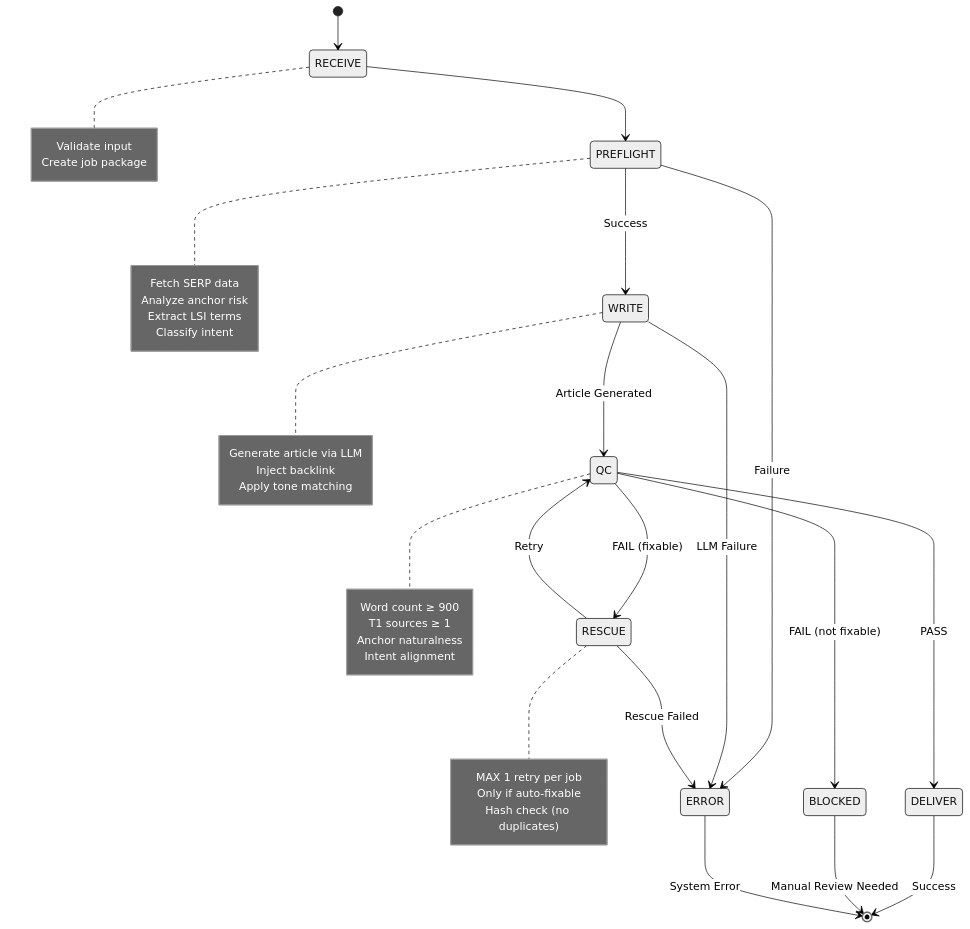
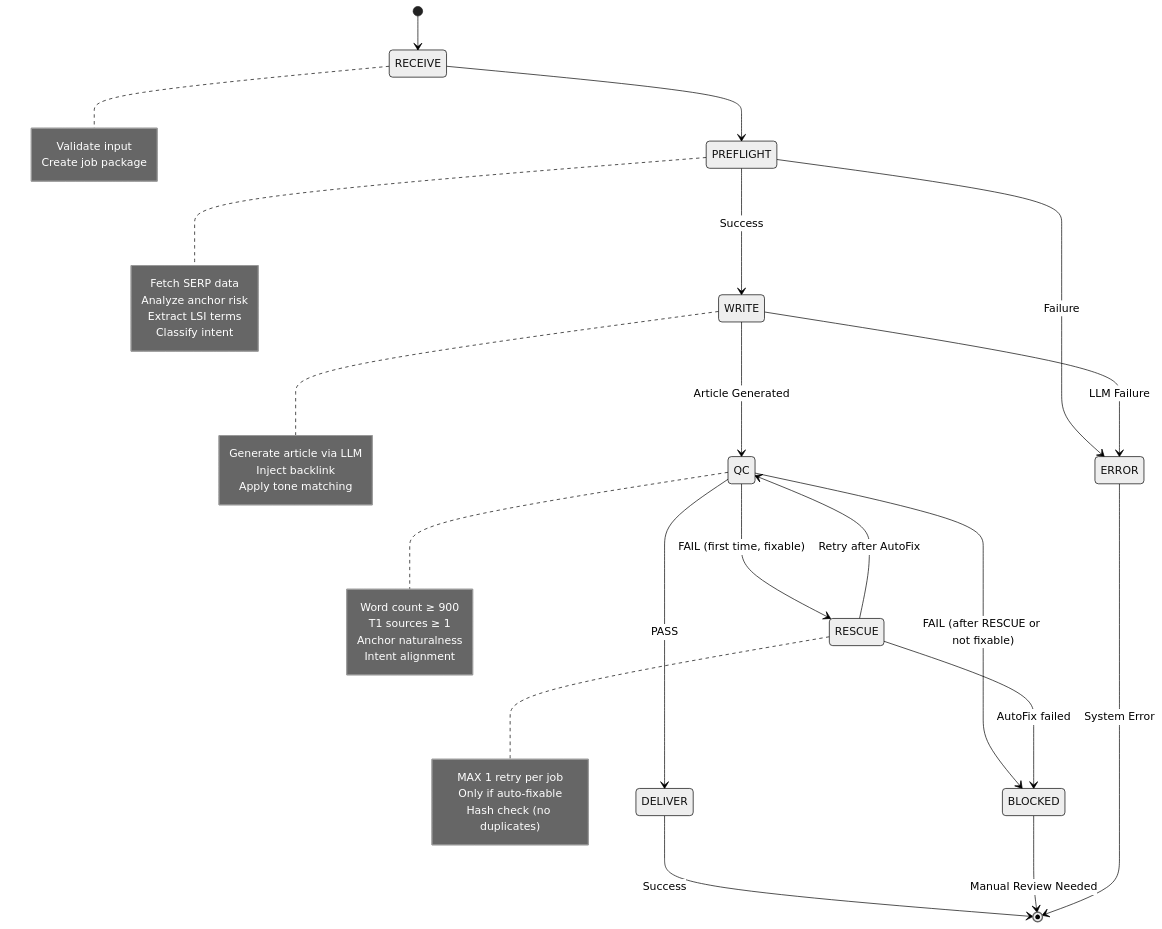
The fourth of 9 diagrams in docs/architecture/system_architecture.md (robwestz/BACOWR), drawn with Mermaid (neutral theme) before and after one commit. The commit also changed other lines of this file and 2 other files, not shown here.

````diff
--- a/docs/architecture/system_architecture.md
+++ b/docs/architecture/system_architecture.md
@@ -273,53 +280,53 @@
 ```mermaid
 stateDiagram-v2
     [*] --> RECEIVE
     RECEIVE --> PREFLIGHT
 
     PREFLIGHT --> WRITE: Success
     PREFLIGHT --> ERROR: Failure
 
     WRITE --> QC: Article Generated
     WRITE --> ERROR: LLM Failure
 
     QC --> DELIVER: PASS
-    QC --> RESCUE: FAIL (fixable)
-    QC --> BLOCKED: FAIL (not fixable)
+    QC --> RESCUE: FAIL (first time, fixable)
+    QC --> BLOCKED: FAIL (after RESCUE or not fixable)
 
-    RESCUE --> QC: Retry
-    RESCUE --> ERROR: Rescue Failed
+    RESCUE --> QC: Retry after AutoFix
+    RESCUE --> BLOCKED: AutoFix failed
 
     DELIVER --> [*]: Success
     BLOCKED --> [*]: Manual Review Needed
     ERROR --> [*]: System Error
 
     note right of RECEIVE
         Validate input
         Create job package
     end note
 
     note right of PREFLIGHT
         Fetch SERP data
         Analyze anchor risk
         Extract LSI terms
         Classify intent
     end note
 
     note right of WRITE
         Generate article via LLM
         Inject backlink
         Apply tone matching
     end note
 
     note right of QC
         Word count ≥ 900
         T1 sources ≥ 1
         Anchor naturalness
         Intent alignment
     end note
 
     note right of RESCUE
         MAX 1 retry per job
         Only if auto-fixable
         Hash check (no duplicates)
     end note
 ```
````
